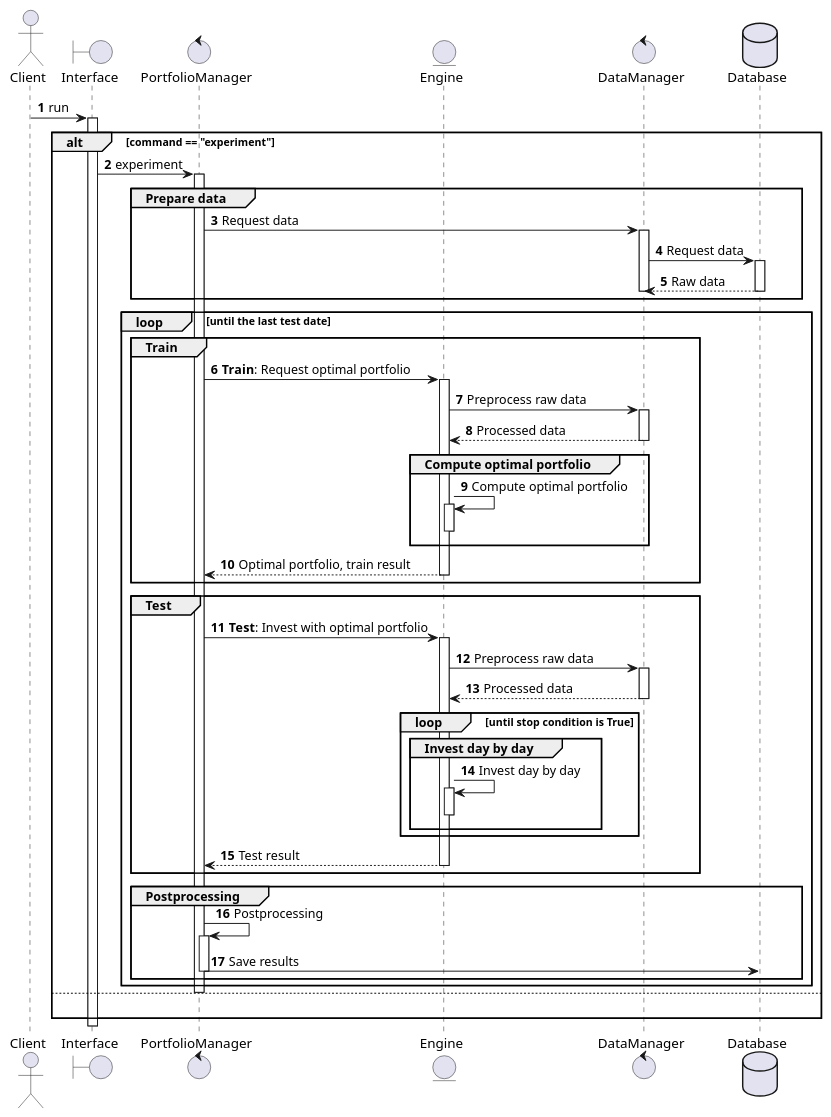
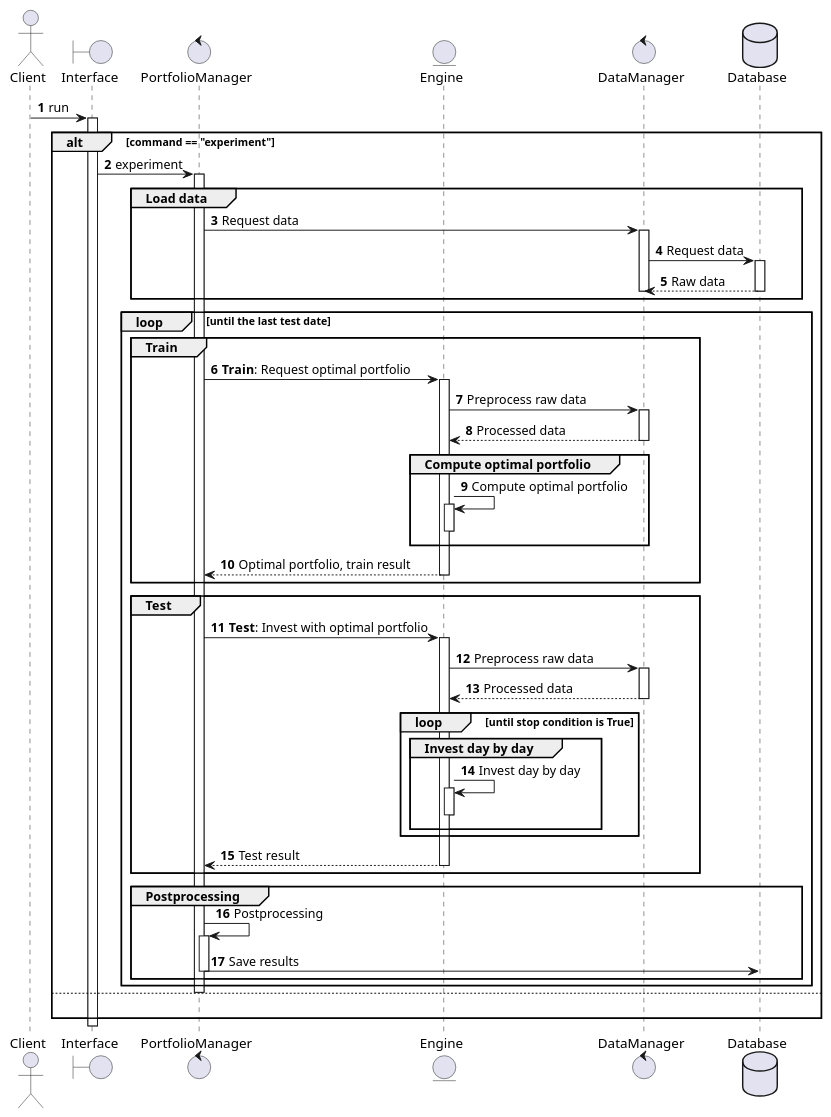
The diagram in algorithm/full_process.puml (alchemine/enhanced-index-tracking), drawn with PlantUML before and after one commit. The commit also changed 3 other files, not shown here.

Commit message:
Modify diagram

```diff
--- a/algorithm/full_process.puml
+++ b/algorithm/full_process.puml
@@ -1,58 +1,58 @@
 @startuml
 autonumber
 
 actor Client as C
 boundary Interface as I
 control PortfolioManager as PM
 entity Engine as E
 control DataManager as DM
 database Database as DB
 
 
 C -> I ++: run
     alt command == "experiment"
         I -> PM ++: experiment
-            group Prepare data
+            group Load data
                 PM -> DM ++: Request data
                     DM -> DB ++: Request data
                         return Raw data
                     deactivate
             end
 
             loop until the last test date
                 group Train
                     PM -> E ++: **Train**: Request optimal portfolio
                         E -> DM ++: Preprocess raw data
                             return Processed data
 
                         group Compute optimal portfolio
                             E -> E ++: Compute optimal portfolio
                             deactivate
                         end
                         return Optimal portfolio, train result
                 end
 
                 group Test
                     PM -> E ++: **Test**: Invest with optimal portfolio
                         E -> DM ++: Preprocess raw data
                             return Processed data
                         loop until stop condition is True
                             group Invest day by day
                                 E -> E ++: Invest day by day
                                 deactivate
                             end
                         end
                         return Test result
                 end
 
                 group Postprocessing
                     PM -> PM ++: Postprocessing
                         PM -> DB: Save results
                     deactivate
                 end
             end
         deactivate
     else
         |||
     end
 @enduml
```
